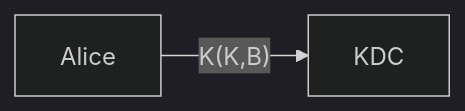
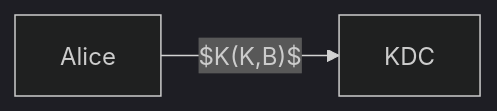
One commit to chchoiw/chchoiw.github.io changed the tenth of 10 diagrams in _posts/2021-07-21-04741-internet.md. Above: the diagram before and after it, drawn with Mermaid (dark theme).

````diff
--- a/_posts/2021-07-21-04741-internet.md
+++ b/_posts/2021-07-21-04741-internet.md
@@ -917,4 +917,4 @@
 ```mermaid
 graph LR
-A[Alice]--K(K,B)-->K[KDC]
+A[Alice]--$K(K,B)$-->K[KDC]
 ```
````
